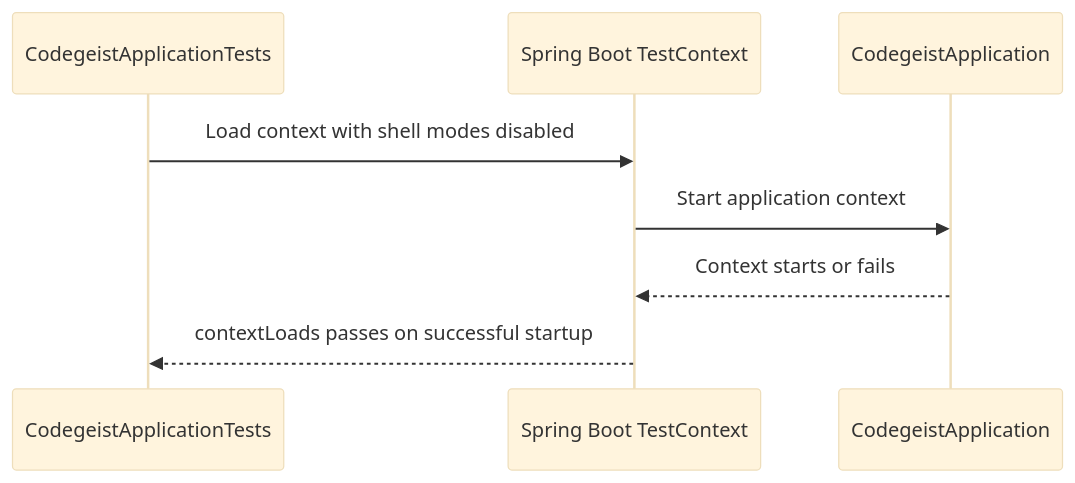
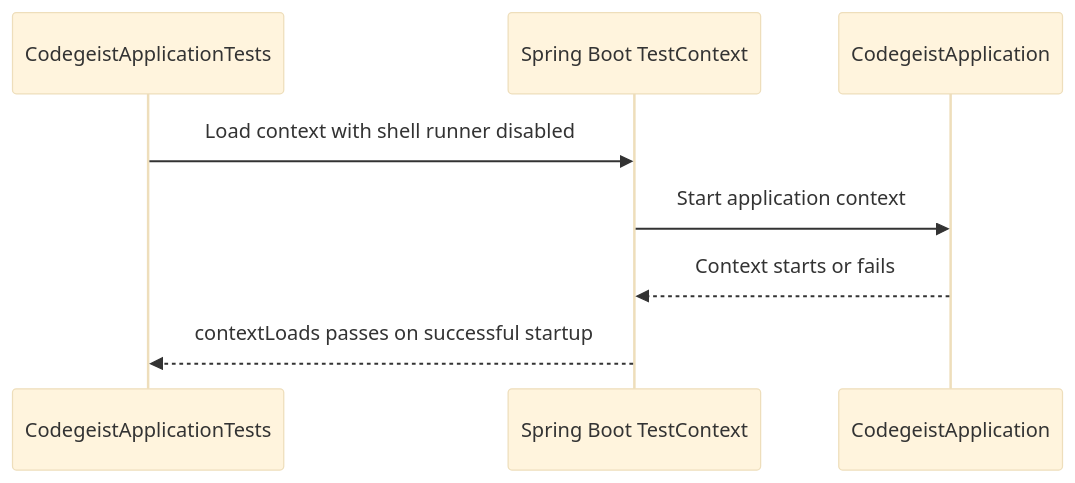
The fourth of 5 diagrams in docs/developer/architecture/architecture.md (codegeist-ai/codegeist), drawn with Mermaid (base theme) before and after one commit. The commit also changed other lines of this file and 9 other files, not shown here.

````diff
--- a/docs/developer/architecture/architecture.md
+++ b/docs/developer/architecture/architecture.md
@@ -187,11 +188,11 @@
 ```mermaid
 sequenceDiagram
     participant Test as CodegeistApplicationTests
     participant Spring as Spring Boot TestContext
     participant App as CodegeistApplication
 
-    Test->>Spring: Load context with shell modes disabled
+    Test->>Spring: Load context with shell runner disabled
     Spring->>App: Start application context
     App-->>Spring: Context starts or fails
     Spring-->>Test: contextLoads passes on successful startup
 ```
````
